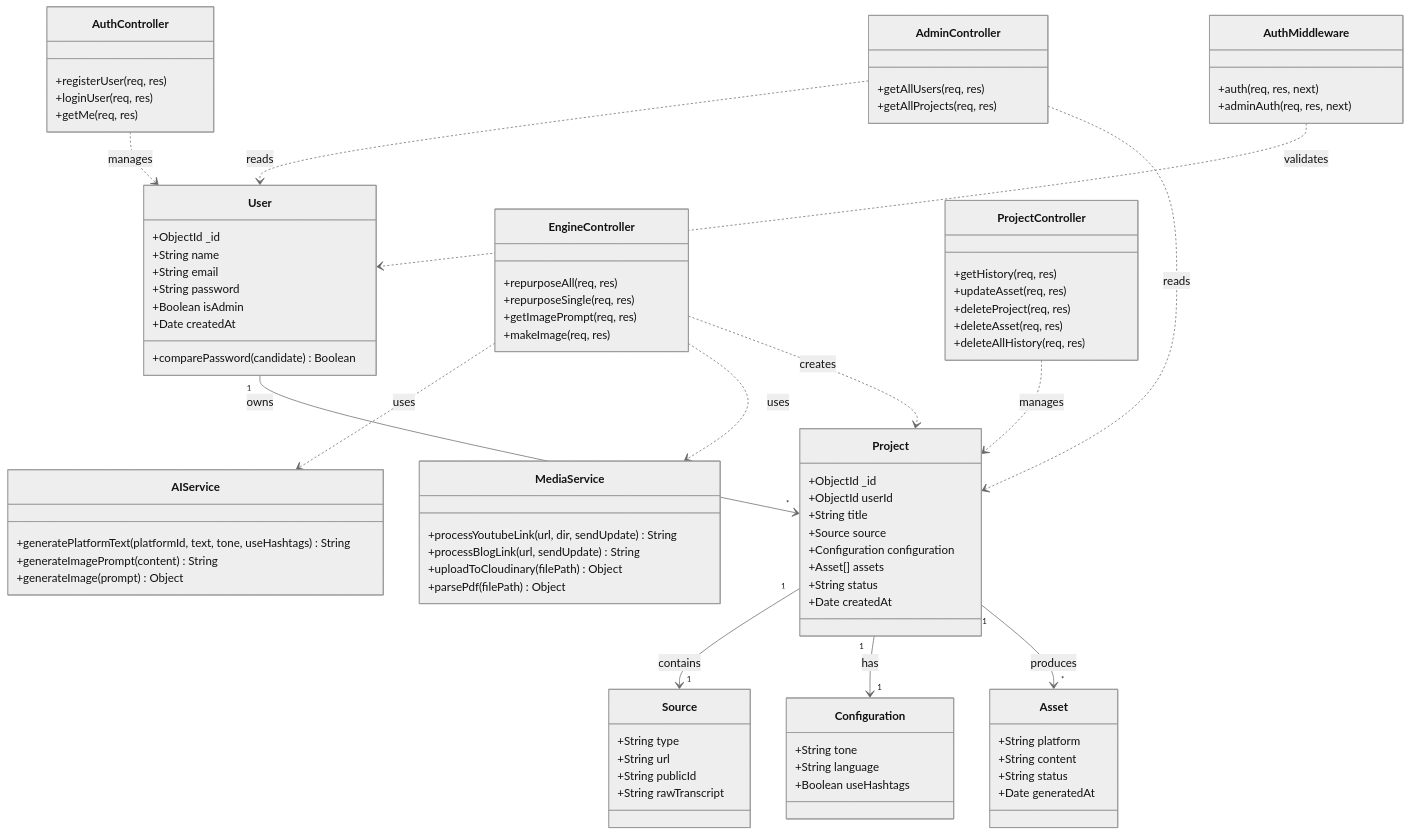
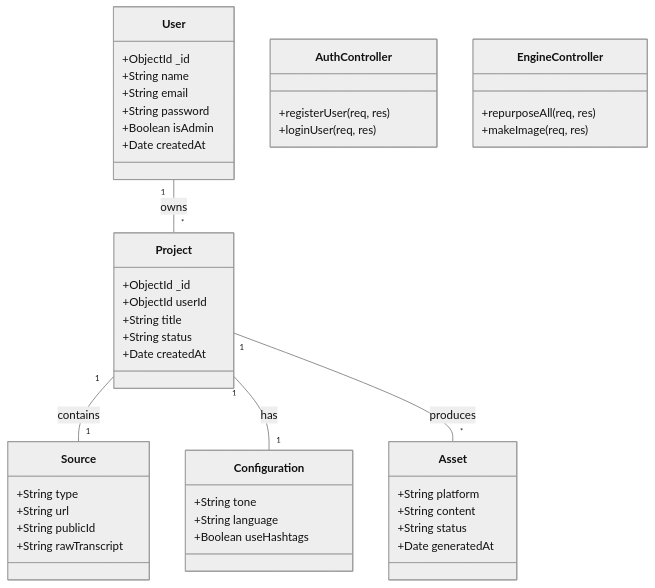
The second of 7 diagrams in DIAGRAMS.md (naresh-rn/echoly), drawn with Mermaid (neutral theme) before and after one commit. The commit also changed other lines of this file and 1 other file, not shown here.

Commit message:
docs: repair diagram rendering and finalize comprehensive architecture dossier

````diff
--- a/DIAGRAMS.md
+++ b/DIAGRAMS.md
@@ -69,16 +69,12 @@
         +String password
         +Boolean isAdmin
         +Date createdAt
-        +comparePassword(candidate) Boolean
     }
 
     class Project {
         +ObjectId _id
         +ObjectId userId
         +String title
-        +Source source
-        +Configuration configuration
-        +Asset[] assets
         +String status
         +Date createdAt
     }
@@ -106,58 +102,15 @@
     class AuthController {
         +registerUser(req, res)
         +loginUser(req, res)
-        +getMe(req, res)
     }
 
     class EngineController {
         +repurposeAll(req, res)
-        +repurposeSingle(req, res)
-        +getImagePrompt(req, res)
         +makeImage(req, res)
     }
 
-    class ProjectController {
-        +getHistory(req, res)
-        +updateAsset(req, res)
-        +deleteProject(req, res)
-        +deleteAsset(req, res)
-        +deleteAllHistory(req, res)
-    }
-
-    class AdminController {
-        +getAllUsers(req, res)
-        +getAllProjects(req, res)
-    }
-
-    class AIService {
-        +generatePlatformText(platformId, text, tone, useHashtags) String
-        +generateImagePrompt(content) String
-        +generateImage(prompt) Object
-    }
-
-    class MediaService {
-        +processYoutubeLink(url, dir, sendUpdate) String
-        +processBlogLink(url, sendUpdate) String
-        +uploadToCloudinary(filePath) Object
-        +parsePdf(filePath) Object
-    }
-
-    class AuthMiddleware {
-        +auth(req, res, next)
-        +adminAuth(req, res, next)
-    }
-
-    Project "1" --> "1" Source : contains
-    Project "1" --> "1" Configuration : has
-    Project "1" --> "*" Asset : produces
-    User "1" --> "*" Project : owns
-
-    EngineController ..> AIService : uses
-    EngineController ..> MediaService : uses
-    EngineController ..> Project : creates
-    ProjectController ..> Project : manages
-    AdminController ..> User : reads
-    AdminController ..> Project : reads
-    AuthController ..> User : manages
-    AuthMiddleware ..> User : validates
+    Project "1" -- "1" Source : contains
+    Project "1" -- "1" Configuration : has
+    Project "1" -- "*" Asset : produces
+    User "1" -- "*" Project : owns
 ```
````
